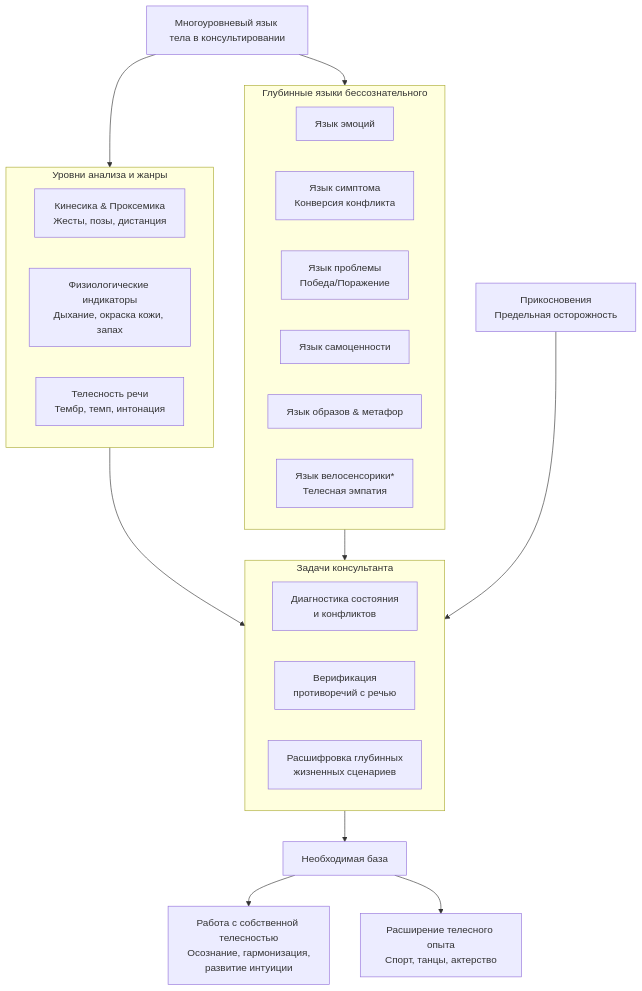
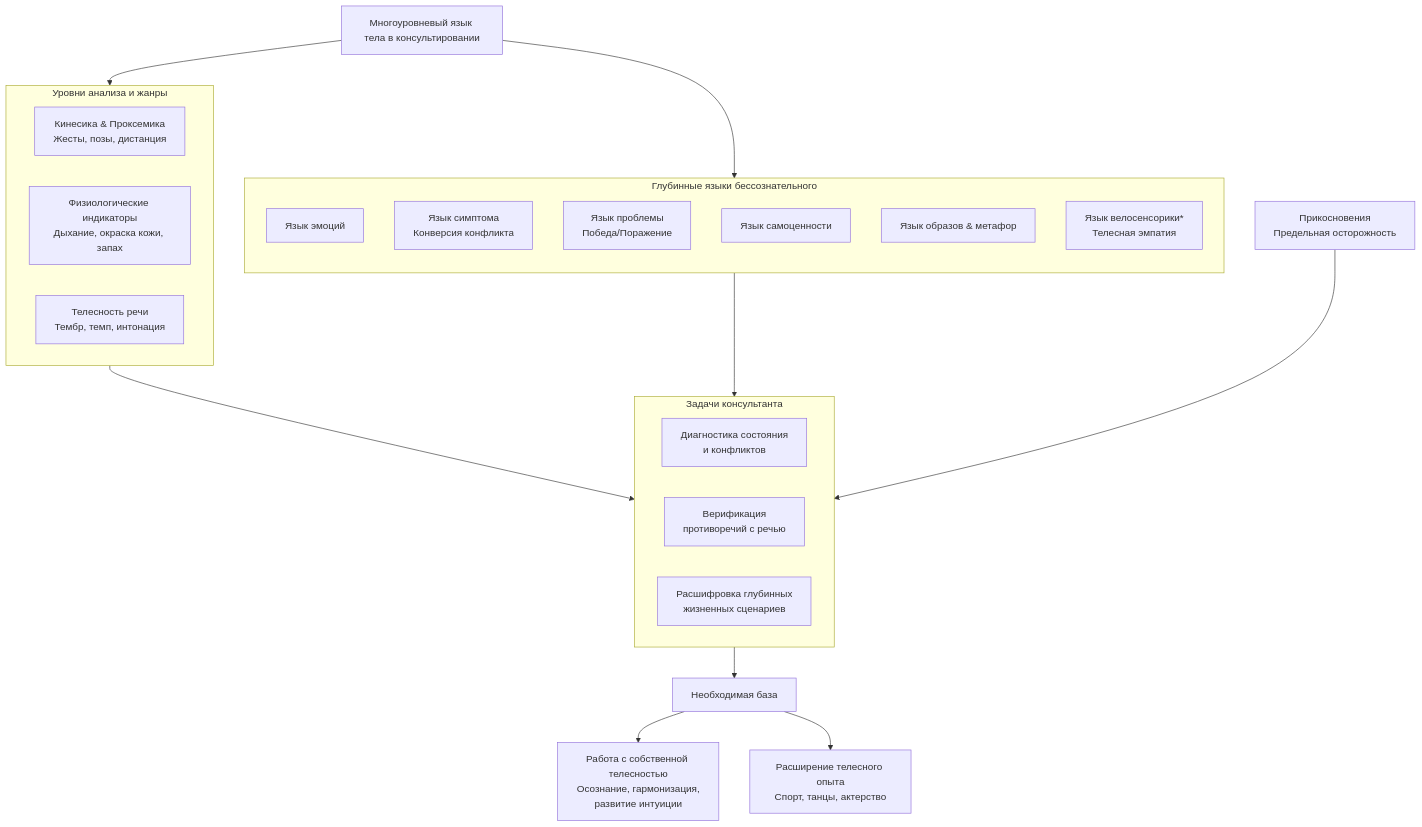
Before and after one commit to becasualle/vimutti: the diagram in content/articles/psychology/psihologicheskoe-konsultirovanie/telo-kak-tekst-chtenie-emotsij-problem-lichnosti.mdx, drawn with Mermaid. The commit also changed 30 other files, not shown here.

````diff
--- a/content/articles/psychology/psihologicheskoe-konsultirovanie/telo-kak-tekst-chtenie-emotsij-problem-lichnosti.mdx
+++ b/content/articles/psychology/psihologicheskoe-konsultirovanie/telo-kak-tekst-chtenie-emotsij-problem-lichnosti.mdx
@@ -59,37 +59,37 @@
 ```mermaid
 flowchart TD
     A[Многоуровневый язык тела в консультировании] --> B
 
     subgraph B [Уровни анализа и жанры]
         B1[Кинесика & Проксемика<br>Жесты, позы, дистанция]
         B2[Физиологические индикаторы<br>Дыхание, окраска кожи, запах]
         B3[Телесность речи<br>Тембр, темп, интонация]
     end
 
     A --> C[Глубинные языки бессознательного]
 
     subgraph C [Глубинные языки бессознательного]
-        direction LR
+        direction TD
         C1[Язык эмоций]
         C2[Язык симптома<br>Конверсия конфликта]
         C3[Язык проблемы<br>Победа/Поражение]
         C4[Язык самоценности]
         C5[Язык образов & метафор]
         C6[Язык велосенсорики*<br>Телесная эмпатия]
     end
 
     B --> D[Задачи консультанта]
     C --> D
 
     subgraph D [Задачи консультанта]
         D1[Диагностика состояния<br>и конфликтов]
         D2[Верификация<br>противоречий с речью]
         D3[Расшифровка глубинных<br>жизненных сценариев]
     end
 
     D --> E[Необходимая база]
     E --> E1[Работа с собственной телесностью<br>Осознание, гармонизация,<br>развитие интуиции]
     E --> E2[Расширение телесного опыта<br>Спорт, танцы, актерство]
 
     B6[Прикосновения<br>Предельная осторожность] --> D
 ```
````
